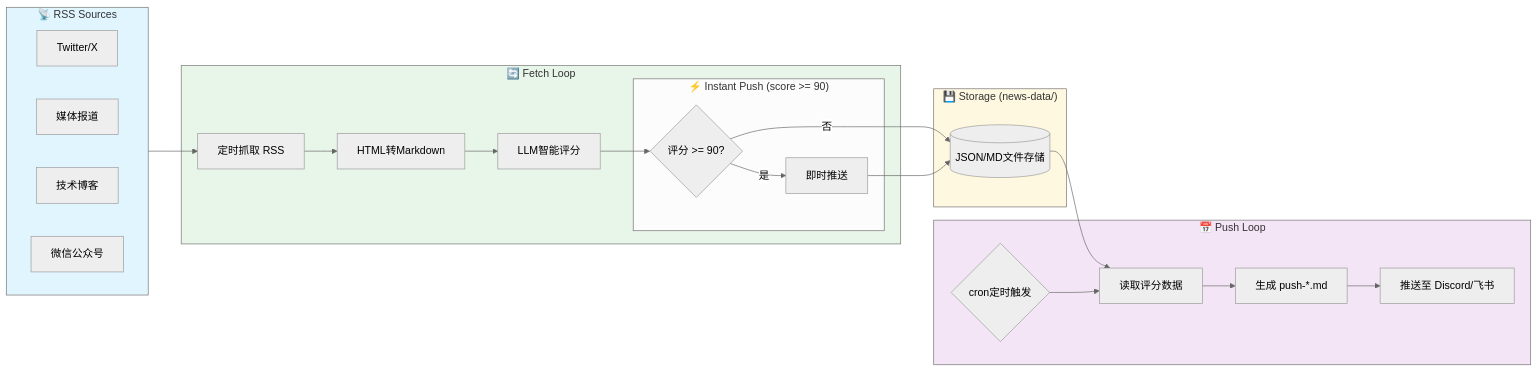
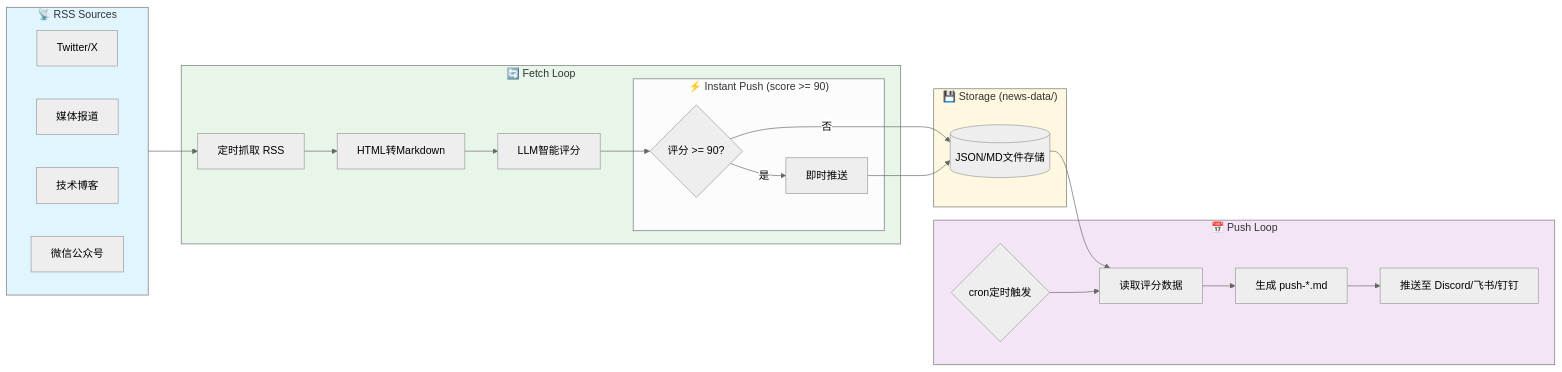
Before and after one commit to viewhang/ai-daily: the diagram in docs/tech-spec.md, drawn with Mermaid (neutral theme). The commit also changed other lines of this file and 14 other files, not shown here.

````diff
--- a/docs/tech-spec.md
+++ b/docs/tech-spec.md
@@ -41,46 +41,46 @@
 ```mermaid
 flowchart LR
     subgraph RSS源 ["📡 RSS Sources"]
         direction LR
         RS1[Twitter/X]
         RS2[媒体报道]
         RS3[技术博客]
         RS4[微信公众号]
     end
 
     subgraph 存储层 ["💾 Storage (news-data/)"]
         DB[(JSON/MD文件存储)]
     end
 
     subgraph Fetch循环 ["🔄 Fetch Loop"]
         FL[定时抓取 RSS] --> MD[HTML转Markdown] --> LLM[LLM智能评分]
 
         subgraph 即时推送 ["⚡ Instant Push (score >= 90)"]
             HOT{评分 >= 90?} -->|是| IP[即时推送]
         end
     end
 
     subgraph Push循环 ["📅 Push Loop"]
         CRON{cron定时触发}
         PROC[读取评分数据]
         PUSH[生成 push-*.md]
-        PLAT[推送至 Discord/飞书]
+        PLAT[推送至 Discord/飞书/钉钉]
     end
 
     RSS源 --> FL
 
     LLM --> HOT
     HOT -->|否| DB
     IP --> DB
 
     DB --> PROC
 
     CRON --> PROC
     PROC --> PUSH
     PUSH --> PLAT
 
     style RSS源 fill:#e1f5fe
     style 存储层 fill:#fff8e1
     style Fetch循环 fill:#e8f5e9
     style Push循环 fill:#f3e5f5
 ```
````
